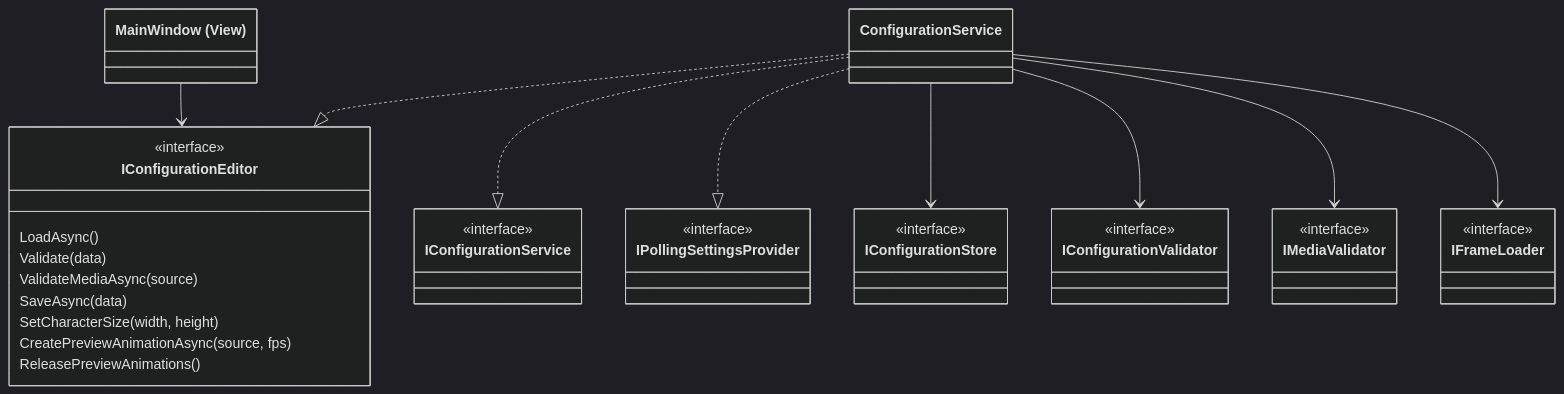
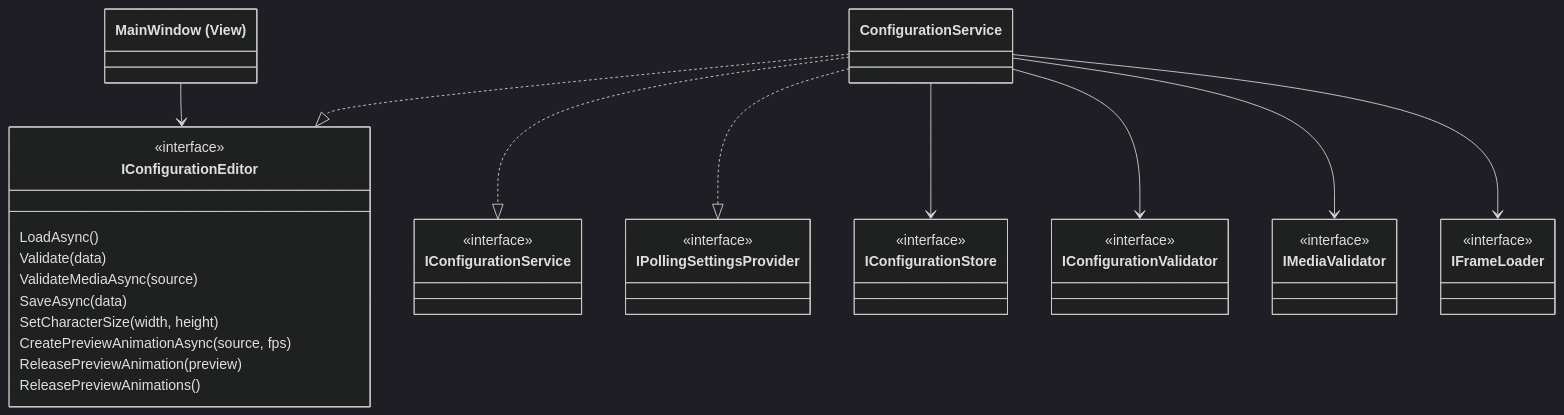
One commit to Keny3r/MonkeyStack_Szoftverarchitekturak_Hazi changed the second of 2 diagrams in docs/configuration_engine/gui.md. Above: the diagram before and after it, drawn with Mermaid (dark theme). The commit also changed other lines of this file and 1 other file, not shown here.

First line of the commit message:
add per-preview release to IConfigurationEditor

````diff
--- a/docs/configuration_engine/gui.md
+++ b/docs/configuration_engine/gui.md
@@ -333,42 +342,43 @@
 ```mermaid
 classDiagram
     class MainWindow["MainWindow (View)"]
     class IConfigurationEditor {
         <<interface>>
         LoadAsync()
         Validate(data)
         ValidateMediaAsync(source)
         SaveAsync(data)
         SetCharacterSize(width, height)
         CreatePreviewAnimationAsync(source, fps)
+        ReleasePreviewAnimation(preview)
         ReleasePreviewAnimations()
     }
     class IConfigurationService {
         <<interface>>
     }
     class IPollingSettingsProvider {
         <<interface>>
     }
     class ConfigurationService
     class IConfigurationStore {
         <<interface>>
     }
     class IConfigurationValidator {
         <<interface>>
     }
     class IMediaValidator {
         <<interface>>
     }
     class IFrameLoader {
         <<interface>>
     }
 
     MainWindow --> IConfigurationEditor
     ConfigurationService ..|> IConfigurationEditor
     ConfigurationService ..|> IConfigurationService
     ConfigurationService ..|> IPollingSettingsProvider
     ConfigurationService --> IConfigurationStore
     ConfigurationService --> IConfigurationValidator
     ConfigurationService --> IMediaValidator
     ConfigurationService --> IFrameLoader
 ```
````
